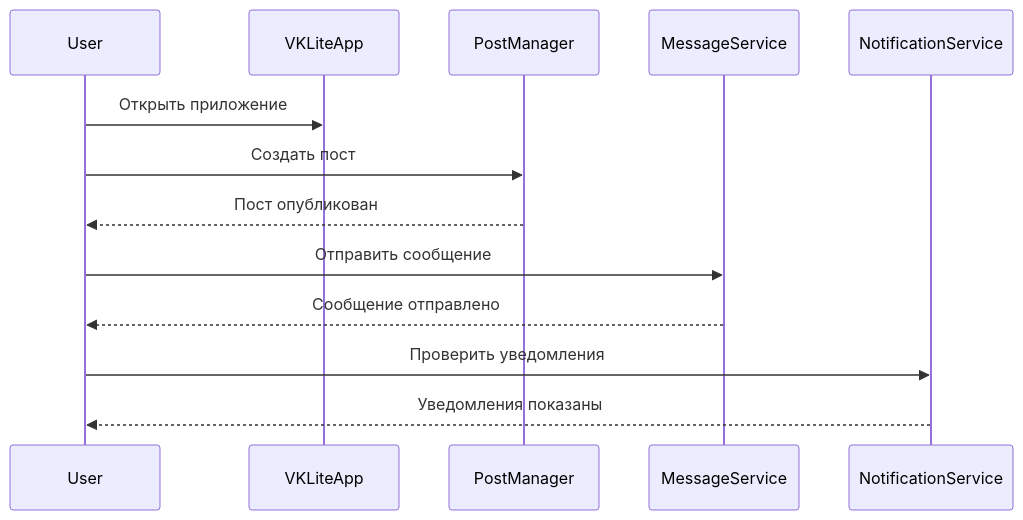
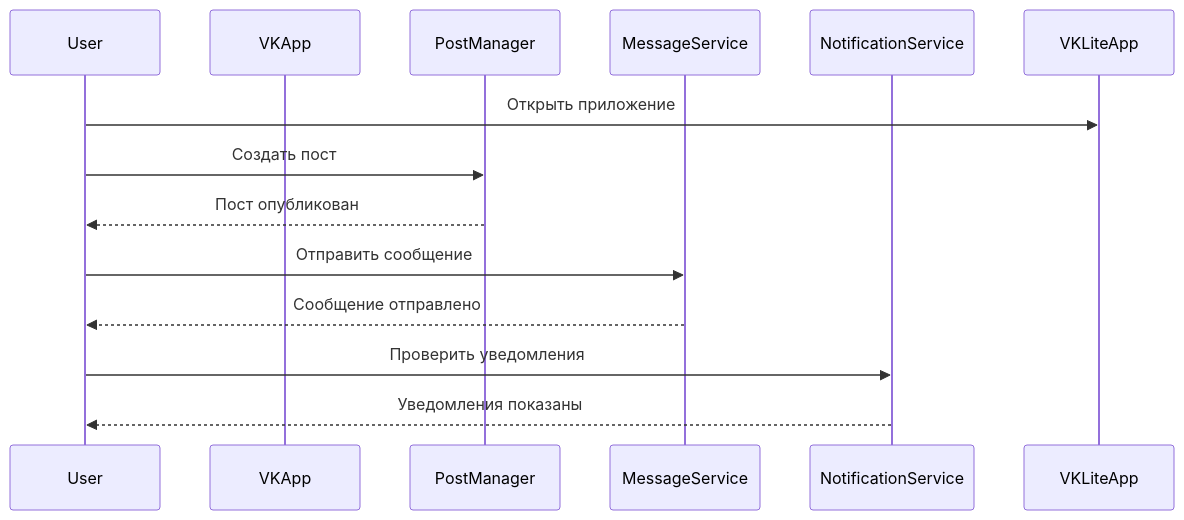
The third of 3 diagrams in README.md (Singiiru/is_32k), drawn with Mermaid before and after one commit. The commit also changed other lines of this file, not shown here.

````diff
--- a/README.md
+++ b/README.md
@@ -116,17 +116,17 @@
 ```mermaid
     sequenceDiagram
     participant User
-    participant VKLiteApp
+    participant VKApp
     participant PostManager
     participant MessageService
     participant NotificationService
 
     User->>VKLiteApp: Открыть приложение
     User->>PostManager: Создать пост
     PostManager-->>User: Пост опубликован
     User->>MessageService: Отправить сообщение
     MessageService-->>User: Сообщение отправлено
     User->>NotificationService: Проверить уведомления
     NotificationService-->>User: Уведомления показаны
 
 ```
````
